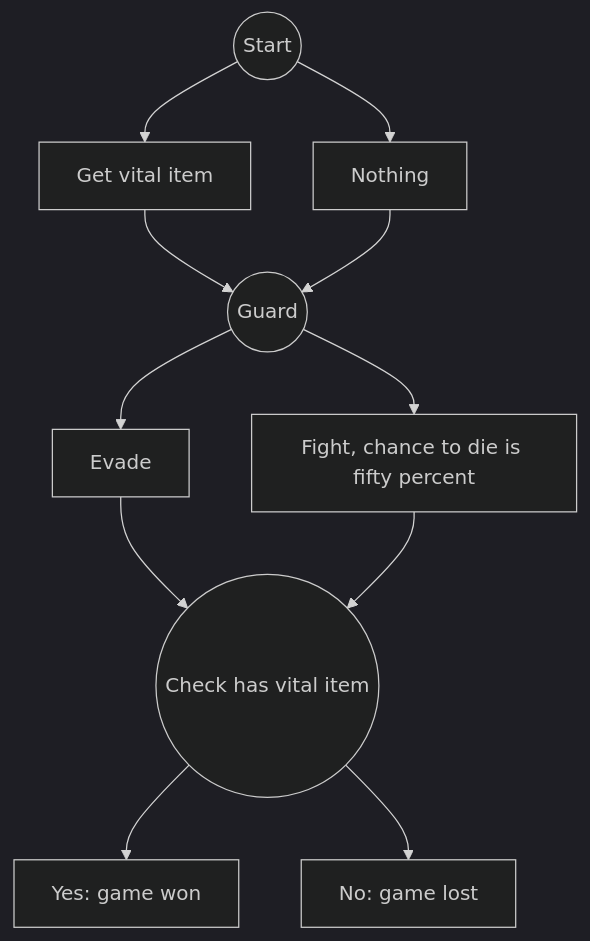
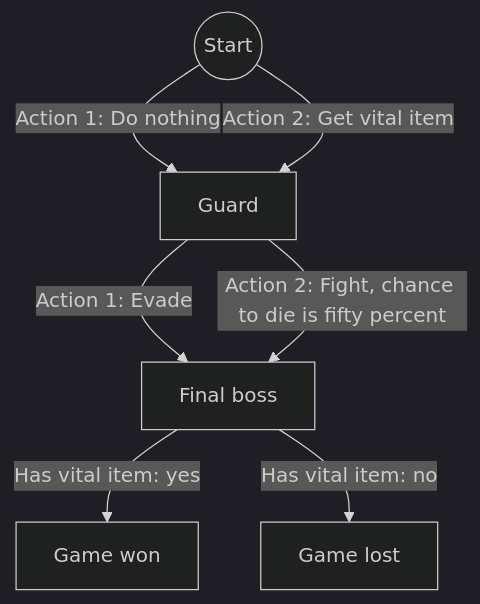
One commit to richelbilderbeek/mlpack_example_2 changed the diagram in README.md. Above: the diagram before and after it, drawn with Mermaid (dark theme). The commit also changed other lines of this file, not shown here.

Commit message:
Add tables

````diff
--- a/README.md
+++ b/README.md
@@ -5,13 +5,9 @@
 ```mermaid
 graph TD;
-    0((Start))-->10[Get vital item];
-    0-->20[Nothing];
-    10-->100((Guard));
-    20-->100;
-    100-->110[Evade];
-    100-->120[Fight, chance to die is fifty percent];
-    110-->200((Check has vital item));
-    120-->200;
-    200-->210[Yes: game won];
-    200-->220[No: game lost];
+    0((Start))-->|Action 1: Do nothing|100[Guard];
+    0-->|Action 2: Get vital item|100;
+    100-->|Action 1: Evade|200[Final boss];
+    100-->|Action 2: Fight, chance to die is fifty percent|200;
+    200-->|Has vital item: yes|210[Game won];
+    200-->|Has vital item: no|220[Game lost];
 ```
````
